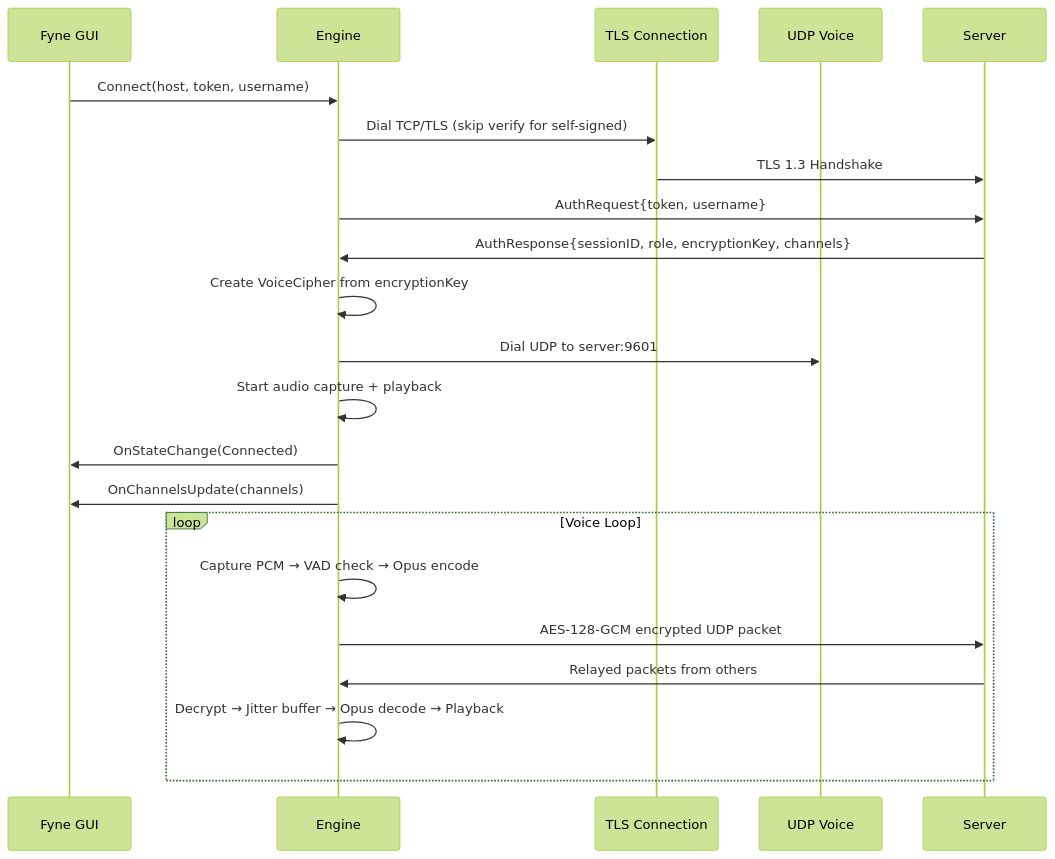
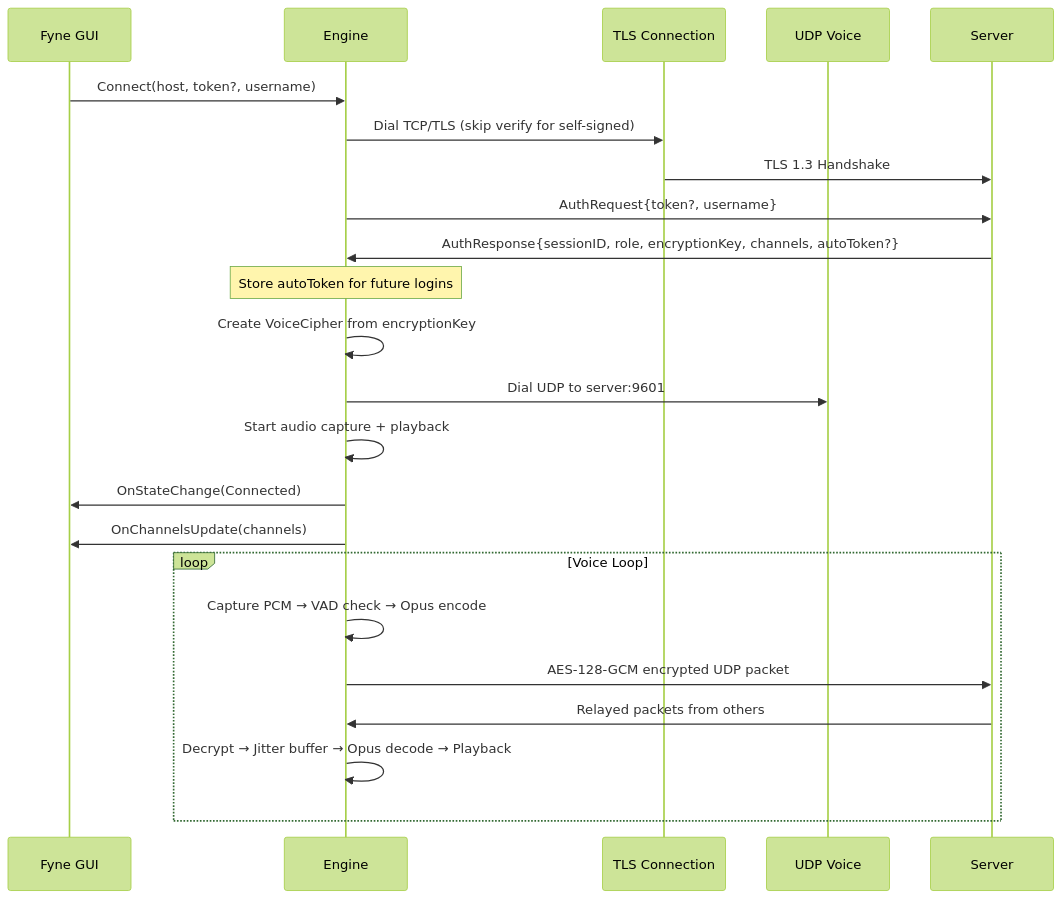
The fourth of 5 diagrams in docs/architecture.md (NicolasHaas/gospeak), drawn with Mermaid (forest theme) before and after one commit. The commit also changed 4 other files, not shown here.

First line of the commit message:
docs: explain personal token auth

````diff
--- a/docs/architecture.md
+++ b/docs/architecture.md
@@ -129,26 +129,27 @@
 ```mermaid
 sequenceDiagram
     participant UI as Fyne GUI
     participant Eng as Engine
     participant TLS as TLS Connection
     participant UDP as UDP Voice
     participant Srv as Server
 
-    UI->>Eng: Connect(host, token, username)
+    UI->>Eng: Connect(host, token?, username)
     Eng->>TLS: Dial TCP/TLS (skip verify for self-signed)
     TLS->>Srv: TLS 1.3 Handshake
-    Eng->>Srv: AuthRequest{token, username}
-    Srv->>Eng: AuthResponse{sessionID, role, encryptionKey, channels}
+    Eng->>Srv: AuthRequest{token?, username}
+    Srv->>Eng: AuthResponse{sessionID, role, encryptionKey, channels, autoToken?}
+    Note over Eng: Store autoToken for future logins
     Eng->>Eng: Create VoiceCipher from encryptionKey
     Eng->>UDP: Dial UDP to server:9601
     Eng->>Eng: Start audio capture + playback
     Eng->>UI: OnStateChange(Connected)
     Eng->>UI: OnChannelsUpdate(channels)
 
     loop Voice Loop
         Eng->>Eng: Capture PCM → VAD check → Opus encode
         Eng->>Srv: AES-128-GCM encrypted UDP packet
         Srv->>Eng: Relayed packets from others
         Eng->>Eng: Decrypt → Jitter buffer → Opus decode → Playback
     end
 ```
````
